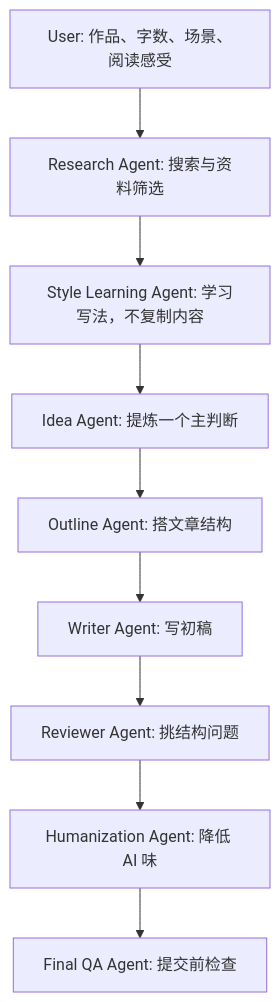
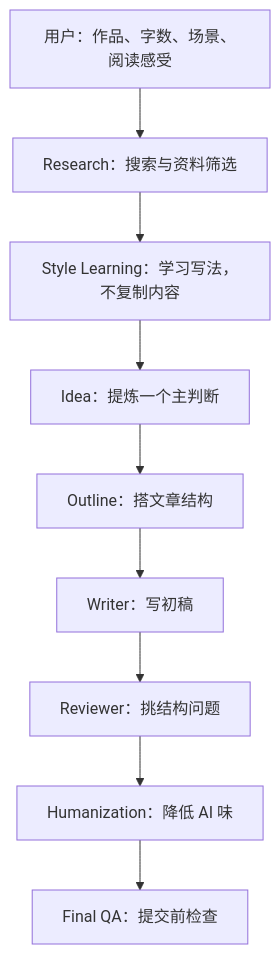
The diagram in README.md (lyingdowndragon6839-design/Classic-Literary-Review-Skill), drawn with Mermaid before and after one commit. The commit also changed other lines of this file and 22 other files, not shown here.

````diff
--- a/README.md
+++ b/README.md
@@ -133,11 +81,11 @@
 ```mermaid
 flowchart TD
-    A["User: 作品、字数、场景、阅读感受"] --> B["Research Agent: 搜索与资料筛选"]
-    B --> C["Style Learning Agent: 学习写法，不复制内容"]
-    C --> D["Idea Agent: 提炼一个主判断"]
-    D --> E["Outline Agent: 搭文章结构"]
-    E --> F["Writer Agent: 写初稿"]
-    F --> G["Reviewer Agent: 挑结构问题"]
-    G --> H["Humanization Agent: 降低 AI 味"]
-    H --> I["Final QA Agent: 提交前检查"]
+    A["用户：作品、字数、场景、阅读感受"] --> B["Research：搜索与资料筛选"]
+    B --> C["Style Learning：学习写法，不复制内容"]
+    C --> D["Idea：提炼一个主判断"]
+    D --> E["Outline：搭文章结构"]
+    E --> F["Writer：写初稿"]
+    F --> G["Reviewer：挑结构问题"]
+    G --> H["Humanization：降低 AI 味"]
+    H --> I["Final QA：提交前检查"]
 ```
````
